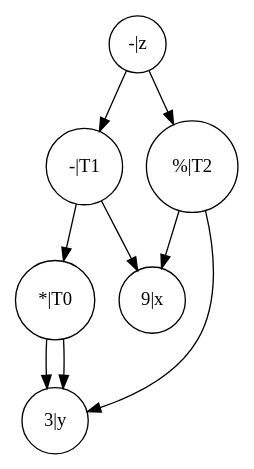
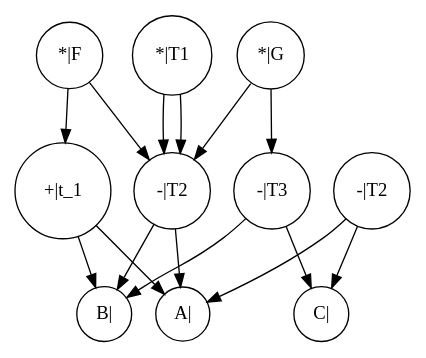
One commit to hutao99/compiler changed the diagram in DAG/visible.gv. Above: the diagram before and after it, drawn with Graphviz. The commit also changed 13 other files, not shown here.

```diff
--- a/DAG/visible.gv
+++ b/DAG/visible.gv
@@ -1,18 +1,28 @@
 // comment
 digraph "./DAG/visible" {
 	node [color=black shape=circle size="20,5"]
-	1 [label="9|x"]
-	2 [label="3|y"]
-	3 [label="*|T0"]
-	4 [label="-|T1"]
-	5 [label="%|T2"]
-	6 [label="-|z"]
-	3 -> 2
-	3 -> 2
+	1 [label="+|t_1"]
+	2 [label="A|"]
+	3 [label="B|"]
+	4 [label="-|T2"]
+	5 [label="*|F"]
+	6 [label="-|T2"]
+	7 [label="C|"]
+	8 [label="-|T3"]
+	9 [label="*|T1"]
+	10 [label="*|G"]
+	1 -> 3
+	1 -> 2
 	4 -> 3
-	4 -> 1
-	5 -> 2
+	4 -> 2
+	5 -> 4
 	5 -> 1
-	6 -> 5
-	6 -> 4
+	6 -> 7
+	6 -> 2
+	8 -> 7
+	8 -> 3
+	9 -> 4
+	9 -> 4
+	10 -> 8
+	10 -> 4
 }
```
